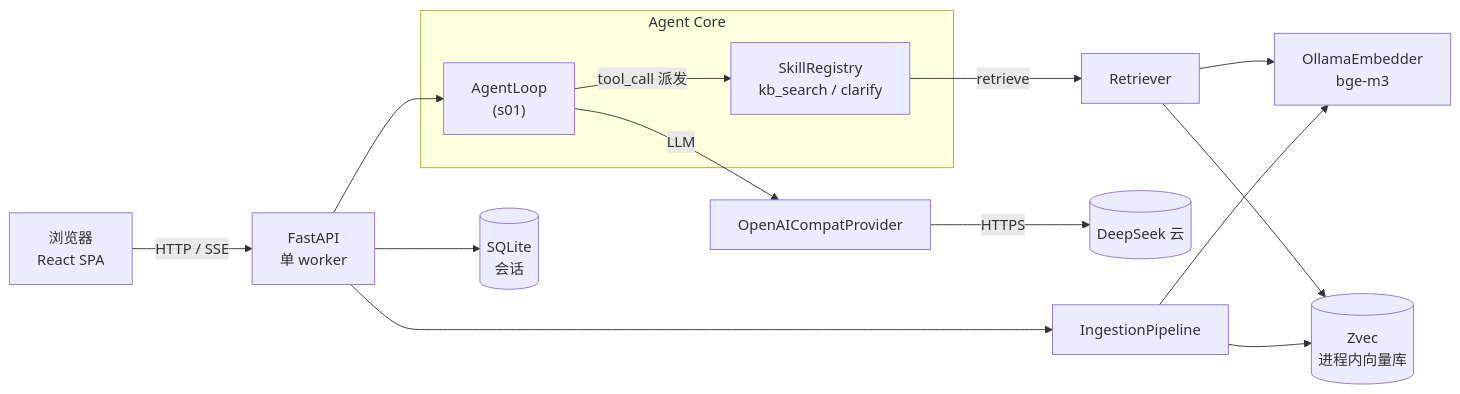
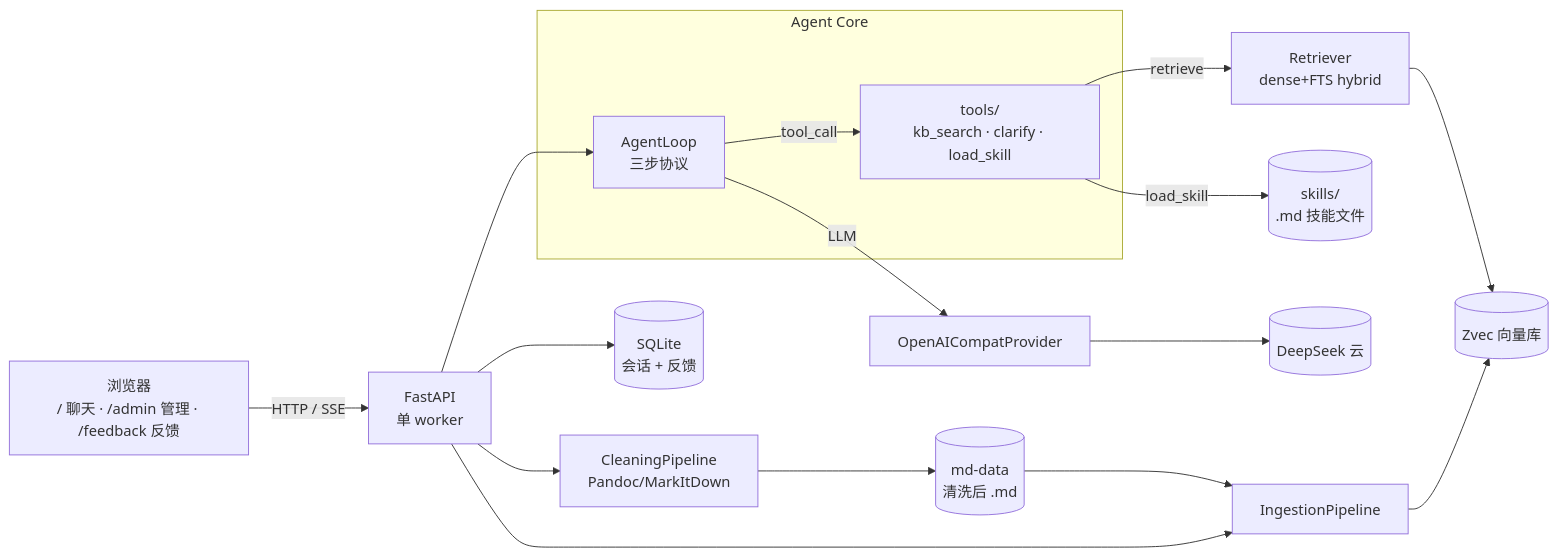
One commit to AomeNero/AomeRAG changed the first of 2 diagrams in README.md. Above: the diagram before and after it, drawn with Mermaid. The commit also changed other lines of this file and 8 other files, not shown here.

````diff
--- a/README.md
+++ b/README.md
@@ -77,19 +74,21 @@
 ```mermaid
 flowchart LR
-  Browser["浏览器<br/>React SPA"] -->|HTTP / SSE| API["FastAPI<br/>单 worker"]
+  Browser["浏览器<br/>/ 聊天 · /admin 管理 · /feedback 反馈"] -->|HTTP / SSE| API["FastAPI<br/>单 worker"]
   subgraph Core["Agent Core"]
-    Loop["AgentLoop<br/>(s01)"]
-    Skills["SkillRegistry<br/>kb_search / clarify"]
+    Loop["AgentLoop<br/>三步协议"]
+    Tools["tools/<br/>kb_search · clarify · load_skill"]
   end
   API --> Loop
-  Loop -->|tool_call 派发| Skills
-  Skills -->|retrieve| Retr["Retriever"]
-  Retr --> Emb["OllamaEmbedder<br/>bge-m3"]
-  Retr --> Zv[("Zvec<br/>进程内向量库")]
+  Loop -->|tool_call| Tools
+  Tools -->|retrieve| Retr["Retriever<br/>dense+FTS hybrid"]
+  Retr --> Zv[("Zvec 向量库")]
+  Tools -->|load_skill| Skills[("skills/<br/>.md 技能文件")]
   Loop -->|LLM| Prov["OpenAICompatProvider"]
-  Prov -->|HTTPS| DS[("DeepSeek 云")]
-  Ingest["IngestionPipeline"] --> Zv
-  Ingest --> Emb
+  Prov --> DS[("DeepSeek 云")]
+  Clean["CleaningPipeline<br/>Pandoc/MarkItDown"] --> MD[("md-data<br/>清洗后 .md")]
+  MD --> Ingest["IngestionPipeline"]
+  Ingest --> Zv
+  API --> Clean
   API --> Ingest
-  API --> Sess[("SQLite<br/>会话")]
+  API --> Sess[("SQLite<br/>会话 + 反馈")]
 ```
````
